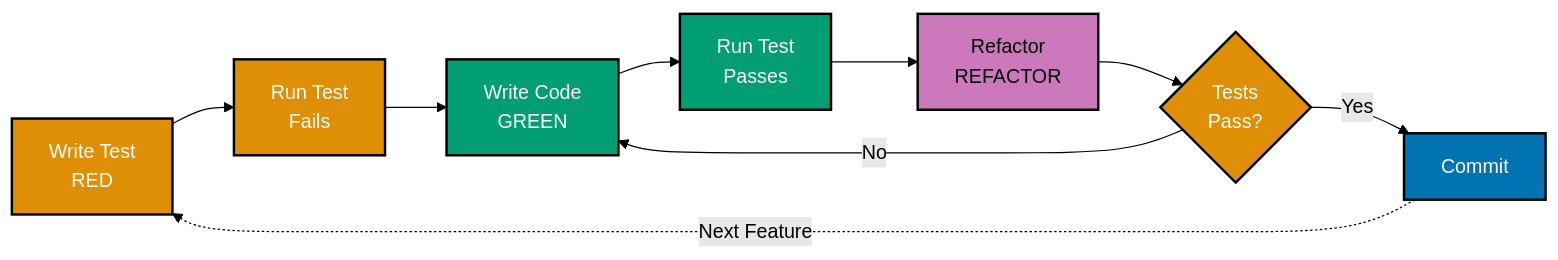
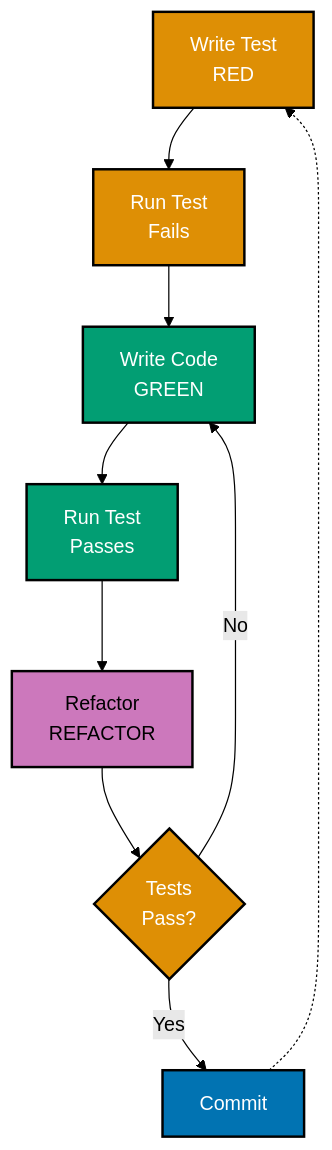
Before and after one commit to wahidyankf/open-sharia-enterprise: the first of 7 diagrams in docs/explanation/software-engineering/programming-languages/golang/testing-standards.md, drawn with Mermaid (forest theme). The commit also changed 11 other files, not shown here.

First line of the commit message:
fix(docs): fix mermaid violations in golang docs

````diff
--- a/docs/explanation/software-engineering/programming-languages/golang/testing-standards.md
+++ b/docs/explanation/software-engineering/programming-languages/golang/testing-standards.md
@@ -126,27 +126,27 @@
 ```mermaid
 %% Color Palette: Blue #0173B2, Orange #DE8F05, Teal #029E73, Purple #CC78BC
 %% TDD Red-Green-Refactor cycle
 
-graph LR
+graph TD
   A["Write Test<br/>RED"]:::orange
   B["Run Test<br/>Fails"]:::orange
   C["Write Code<br/>GREEN"]:::teal
   D["Run Test<br/>Passes"]:::teal
   E["Refactor<br/>REFACTOR"]:::purple
   F{"Tests<br/>Pass?"}:::orange
   G["Commit"]:::blue
 
   A --> B
   B --> C
   C --> D
   D --> E
   E --> F
   F -->|"No"| C
   F -->|"Yes"| G
-  G -.->|"Next Feature"| A
+  G -.-> A
 
   classDef blue fill:#0173B2,stroke:#000000,color:#FFFFFF,stroke-width:2px
   classDef orange fill:#DE8F05,stroke:#000000,color:#FFFFFF,stroke-width:2px
   classDef teal fill:#029E73,stroke:#000000,color:#FFFFFF,stroke-width:2px
   classDef purple fill:#CC78BC,stroke:#000000,color:#000000,stroke-width:2px
 ```
````
